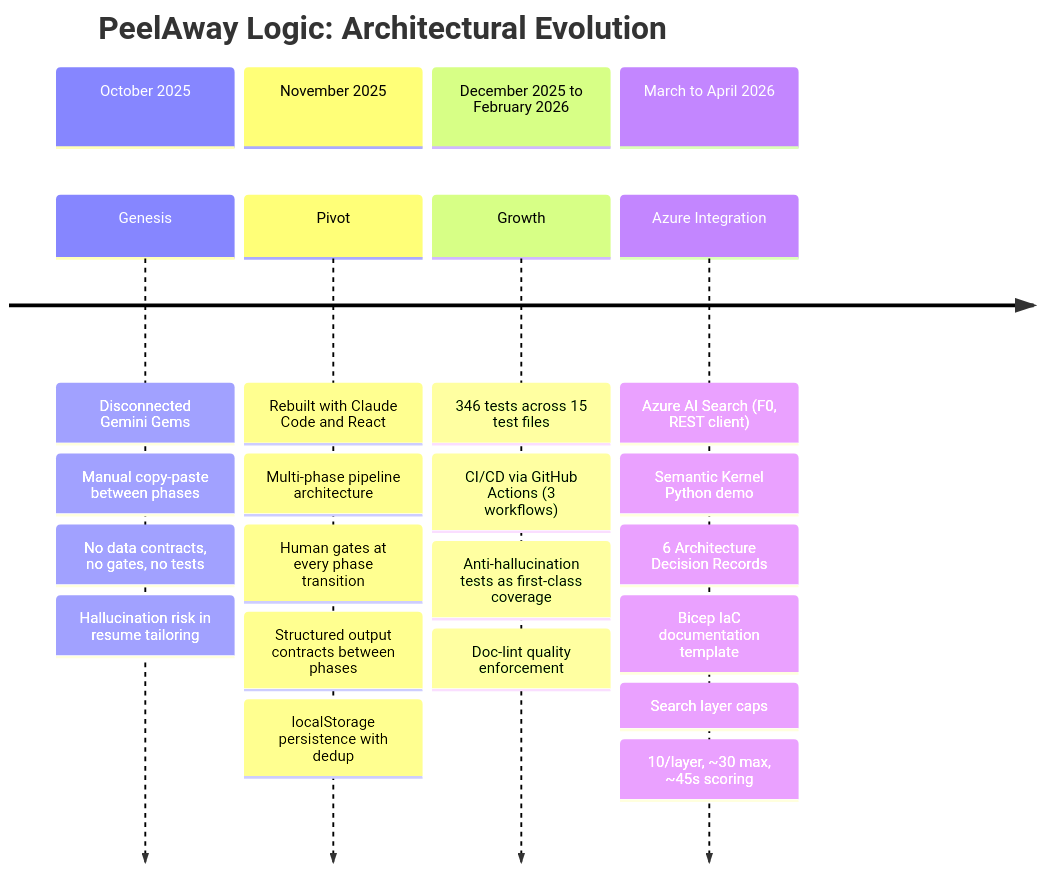
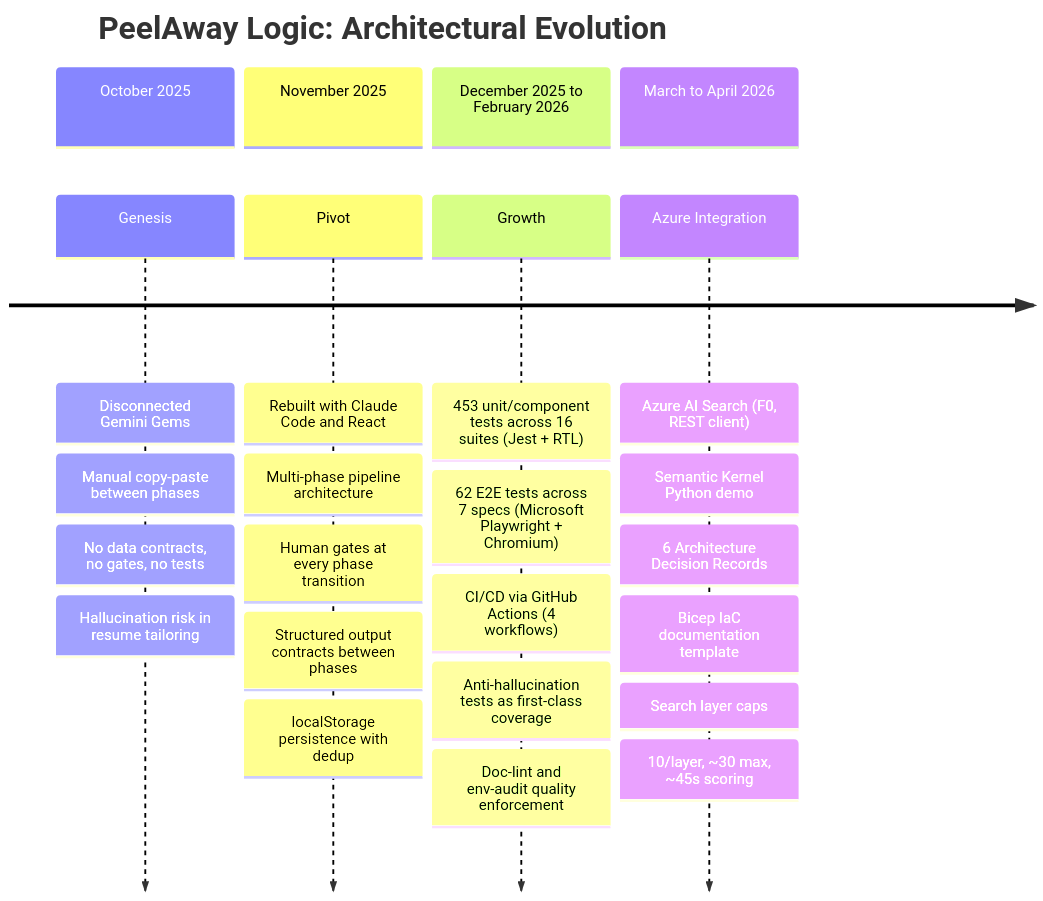
One commit to CarmenReed/AI-Claude-Code-Ecosystem changed the fifth of 5 diagrams in peelaway-logic/docs/architecture/ARCHITECTURE.md. Above: the diagram before and after it, drawn with Mermaid. The commit also changed other lines of this file and 12 other files, not shown here.

````diff
--- a/peelaway-logic/docs/architecture/ARCHITECTURE.md
+++ b/peelaway-logic/docs/architecture/ARCHITECTURE.md
@@ -154,26 +142,27 @@
 ```mermaid
 timeline
     title PeelAway Logic: Architectural Evolution
     section October 2025
         Genesis : Disconnected Gemini Gems
                 : Manual copy-paste between phases
                 : No data contracts, no gates, no tests
                 : Hallucination risk in resume tailoring
     section November 2025
         Pivot : Rebuilt with Claude Code and React
               : Multi-phase pipeline architecture
               : Human gates at every phase transition
               : Structured output contracts between phases
               : localStorage persistence with dedup
     section December 2025 to February 2026
-        Growth : 346 tests across 15 test files
-               : CI/CD via GitHub Actions (3 workflows)
+        Growth : 453 unit/component tests across 16 suites (Jest + RTL)
+               : 62 E2E tests across 7 specs (Microsoft Playwright + Chromium)
+               : CI/CD via GitHub Actions (4 workflows)
                : Anti-hallucination tests as first-class coverage
-               : Doc-lint quality enforcement
+               : Doc-lint and env-audit quality enforcement
     section March to April 2026
         Azure Integration : Azure AI Search (F0, REST client)
                           : Semantic Kernel Python demo
                           : 6 Architecture Decision Records
                           : Bicep IaC documentation template
                           : Search layer caps: 10/layer, ~30 max, ~45s scoring
 ```
````
